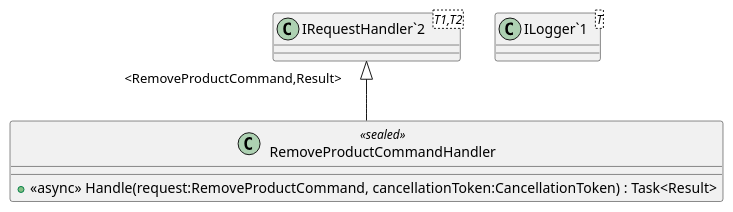
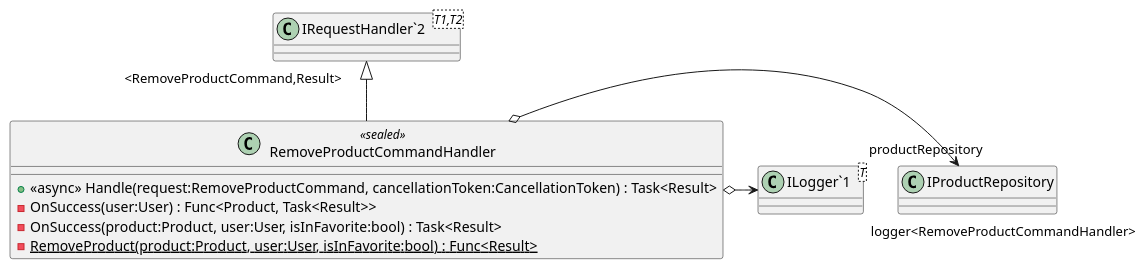
Before and after one commit to nikita-mlygin/ProperNutritionDiary: the diagram in plantuml/src/Product/ProperNutritionDiary.Product.Application/Product/RemoveProduct/RemoveProductCommandHandler.puml, drawn with PlantUML. The commit also changed 166 other files, not shown here.

```diff
--- a/plantuml/src/Product/ProperNutritionDiary.Product.Application/Product/RemoveProduct/RemoveProductCommandHandler.puml
+++ b/plantuml/src/Product/ProperNutritionDiary.Product.Application/Product/RemoveProduct/RemoveProductCommandHandler.puml
@@ -1,10 +1,15 @@
 @startuml
 class RemoveProductCommandHandler <<sealed>> {
     + <<async>> Handle(request:RemoveProductCommand, cancellationToken:CancellationToken) : Task<Result>
+    - OnSuccess(user:User) : Func<Product, Task<Result>>
+    - OnSuccess(product:Product, user:User, isInFavorite:bool) : Task<Result>
+    - {static} RemoveProduct(product:Product, user:User, isInFavorite:bool) : Func<Result>
 }
 class "ILogger`1"<T> {
 }
 class "IRequestHandler`2"<T1,T2> {
 }
 "IRequestHandler`2" "<RemoveProductCommand,Result>" <|-- RemoveProductCommandHandler
+RemoveProductCommandHandler o-> "productRepository" IProductRepository
+RemoveProductCommandHandler o-> "logger<RemoveProductCommandHandler>" "ILogger`1"
 @enduml
```
